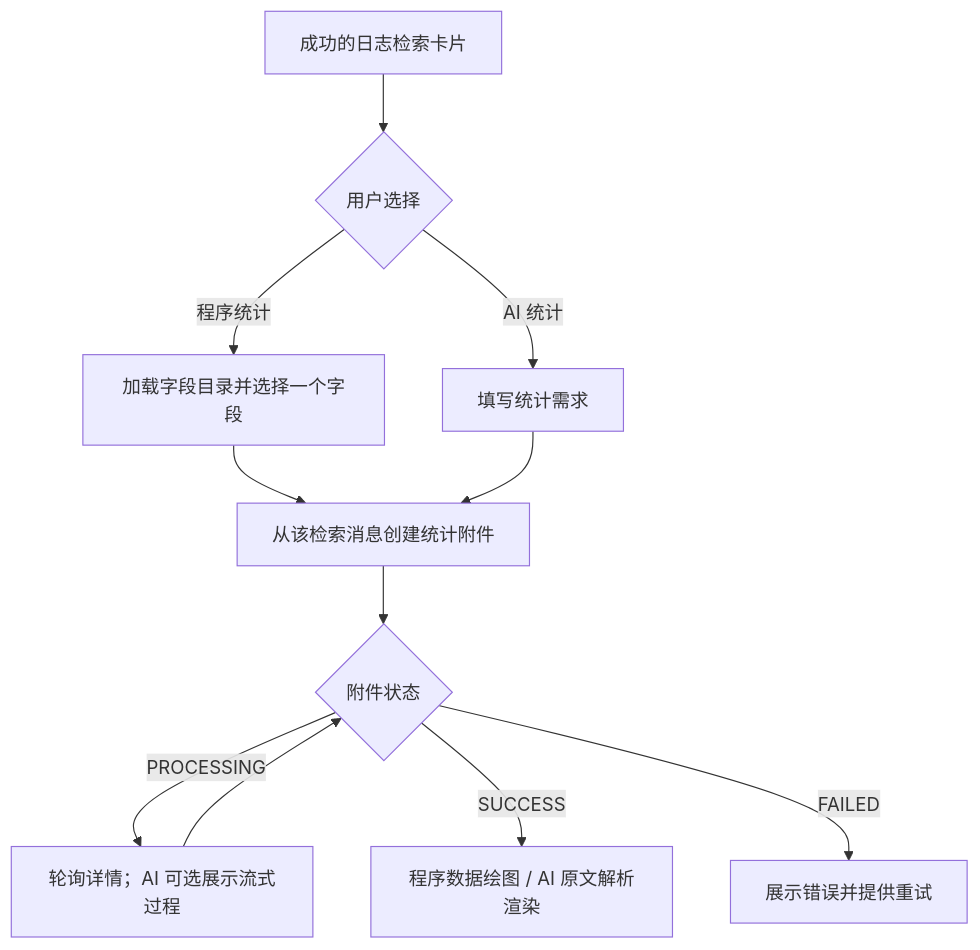
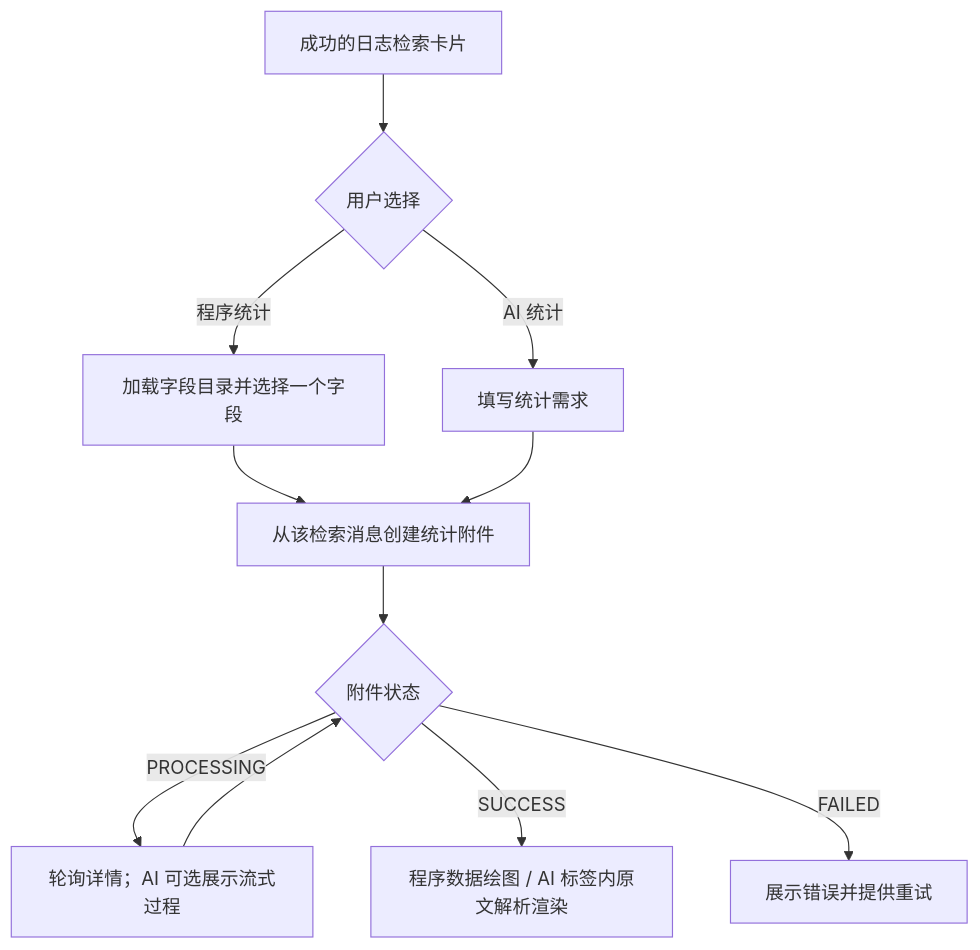
The first of 5 diagrams in src/backend/services/web/ai_assistant/docs/frontend_statistics.md (TencentBlueKing/bk-audit), drawn with Mermaid before and after one commit. The commit also changed other lines of this file and 31 other files, not shown here.

````diff
--- a/src/backend/services/web/ai_assistant/docs/frontend_statistics.md
+++ b/src/backend/services/web/ai_assistant/docs/frontend_statistics.md
@@ -9,13 +9,13 @@
 ```mermaid
 flowchart TD
     Search[成功的日志检索卡片] --> Choice{用户选择}
     Choice -->|程序统计| Fields[加载字段目录并选择一个字段]
     Choice -->|AI 统计| Instruction[填写统计需求]
     Fields --> Create[从该检索消息创建统计附件]
     Instruction --> Create
     Create --> State{附件状态}
     State -->|PROCESSING| Wait[轮询详情；AI 可选展示流式过程]
     Wait --> State
-    State -->|SUCCESS| Render[程序数据绘图 / AI 原文解析渲染]
+    State -->|SUCCESS| Render[程序数据绘图 / AI 标签内原文解析渲染]
     State -->|FAILED| Error[展示错误并提供重试]
 ```
````
